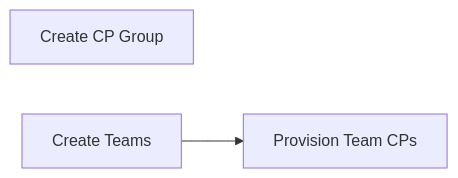
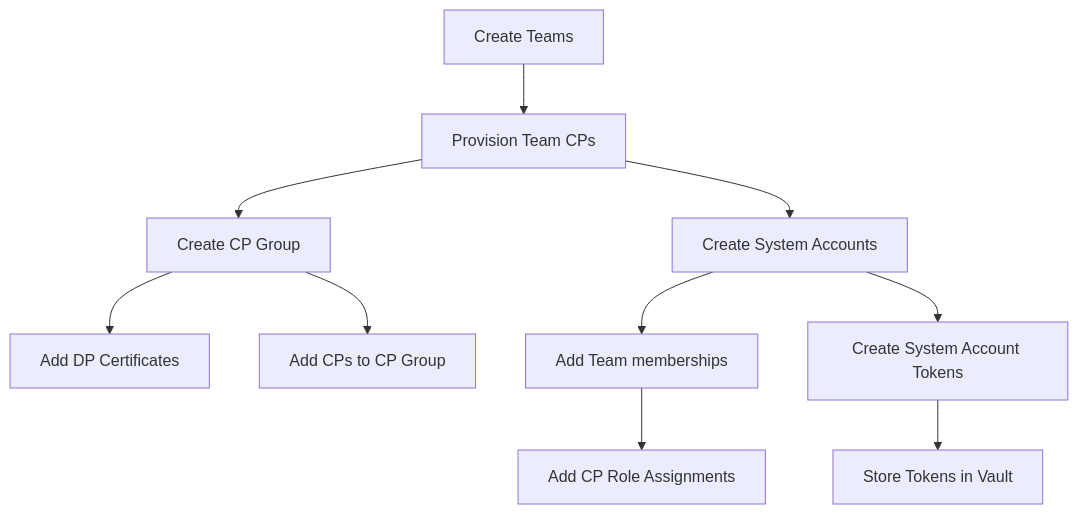
One commit to pantsel/konnect-platform-ops-demo changed the second of 2 diagrams in README.md. Above: the diagram before and after it, drawn with Mermaid. The commit also changed other lines of this file, not shown here.

Commit message:
Add provisioning flow

````diff
--- a/README.md
+++ b/README.md
@@ -115,6 +106,19 @@
 ```mermaid
-graph LR;
-    B[Create CP Group]
-    A[Create Teams] --> C[Provision Team CPs]
-    
+graph TD;
+    A[Create Teams]
+    B[Provision Team CPs]
+    C[Create CP Group]
+    D[Add DP Certificates]
+    E[Add CPs to CP Group]
+    F[Create System Accounts]
+    G[Add Team memberships] --> H[Add CP Role Assignments]
+    J[Create System Account Tokens] --> I[Store Tokens in Vault]
+
+    A --> B
+    B --> C
+    C --> D
+    C --> E
+    B --> F
+    F --> G
+    F --> J
 ```
````
